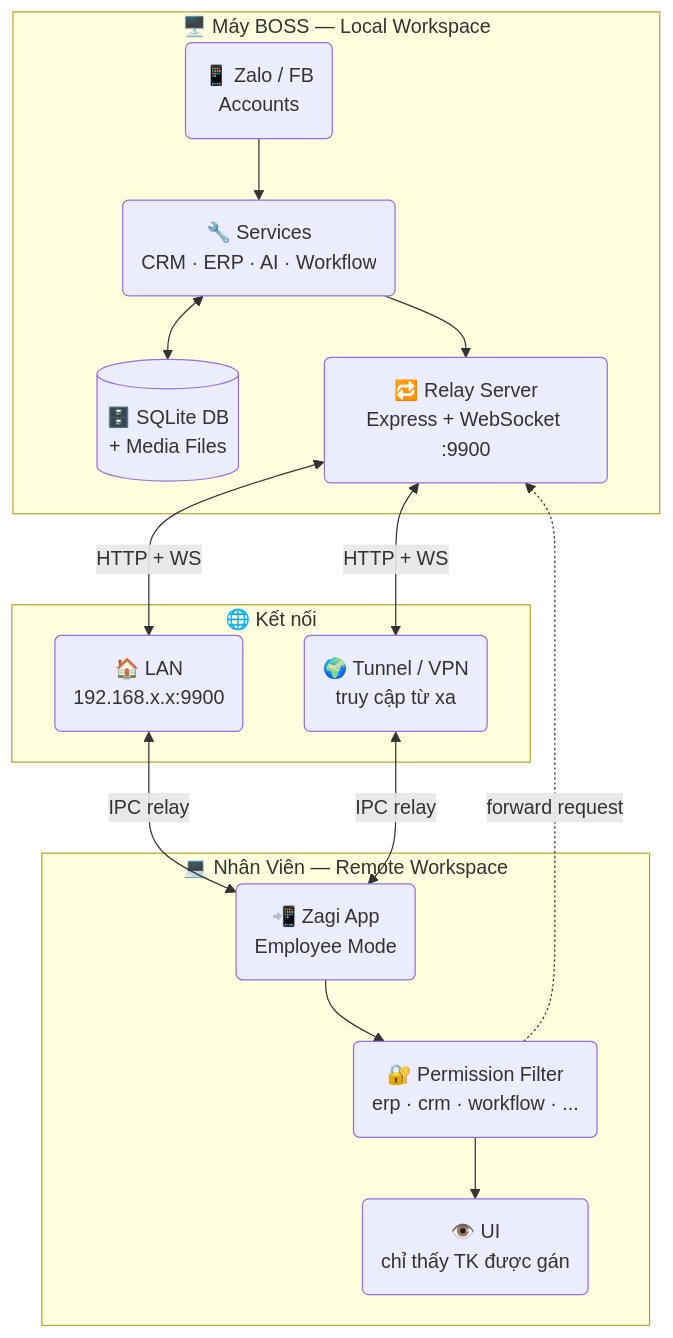
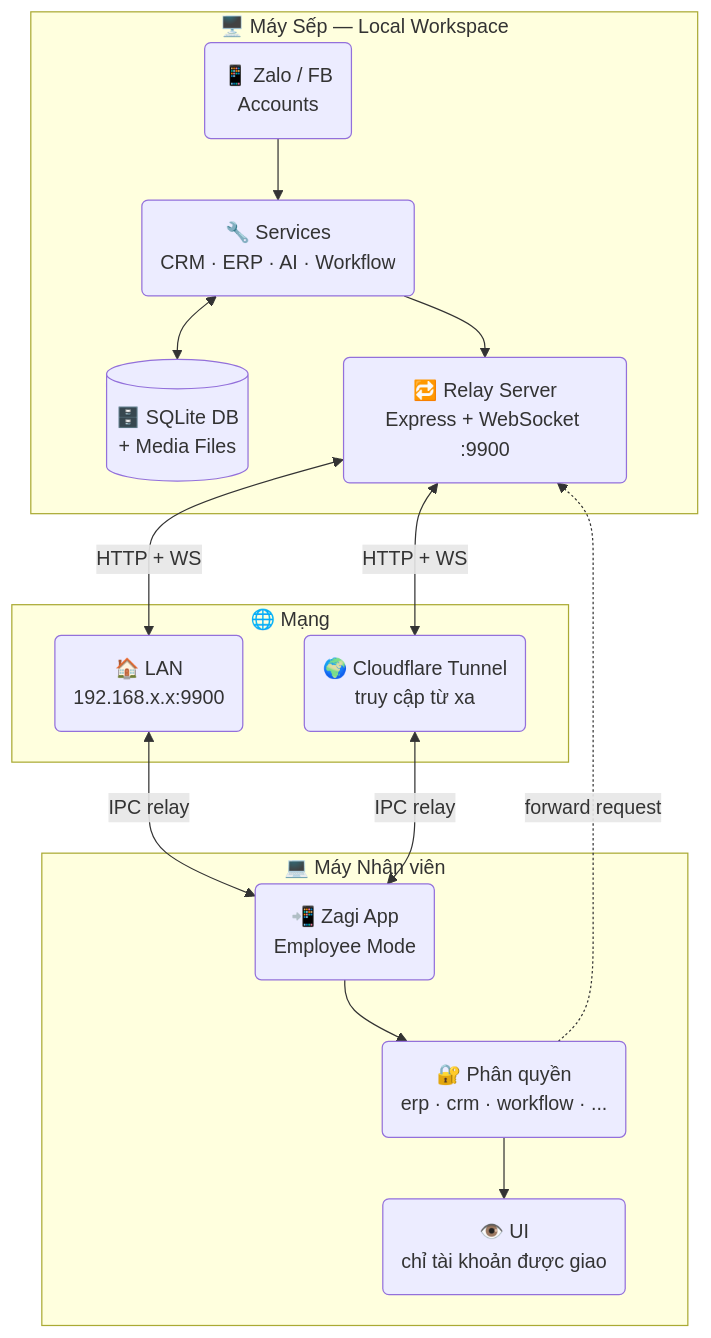
Before and after one commit to trithucnen-max/zagi-builder: the second of 2 diagrams in README.md, drawn with Mermaid. The commit also changed other lines of this file and 2 other files, not shown here.

````diff
--- a/README.md
+++ b/README.md
@@ -288,29 +286,26 @@
 ```mermaid
 flowchart TB
-    subgraph BOSS["🖥️ Máy BOSS — Local Workspace"]
+    subgraph BOSS["🖥️ Máy Sếp — Local Workspace"]
         BZ("📱 Zalo / FB\nAccounts")
         BSV("🔧 Services\nCRM · ERP · AI · Workflow")
         BSD[("🗄️ SQLite DB\n+ Media Files")]
         BRL("🔁 Relay Server\nExpress + WebSocket :9900")
     end
-
-    subgraph NET["🌐 Kết nối"]
+    subgraph NET["🌐 Mạng"]
         LAN("🏠 LAN\n192.168.x.x:9900")
-        WAN("🌍 Tunnel / VPN\ntruy cập từ xa")
+        WAN("🌍 Cloudflare Tunnel\ntruy cập từ xa")
     end
-
-    subgraph EMP["💻 Nhân Viên — Remote Workspace"]
+    subgraph EMP["💻 Máy Nhân viên"]
         EA("📲 Zagi App\nEmployee Mode")
-        EP("🔐 Permission Filter\nerp · crm · workflow · ...")
-        EU("👁️ UI\nchỉ thấy TK được gán")
+        EP("🔐 Phân quyền\nerp · crm · workflow · ...")
+        EU("👁️ UI\nchỉ tài khoản được giao")
     end
-
     BZ --> BSV
     BSV <--> BSD
     BSV --> BRL
     BRL <-->|HTTP + WS| LAN & WAN
     LAN <-->|IPC relay| EA
     WAN <-->|IPC relay| EA
     EA --> EP --> EU
     EP -.->|forward request| BRL
 ```
````
